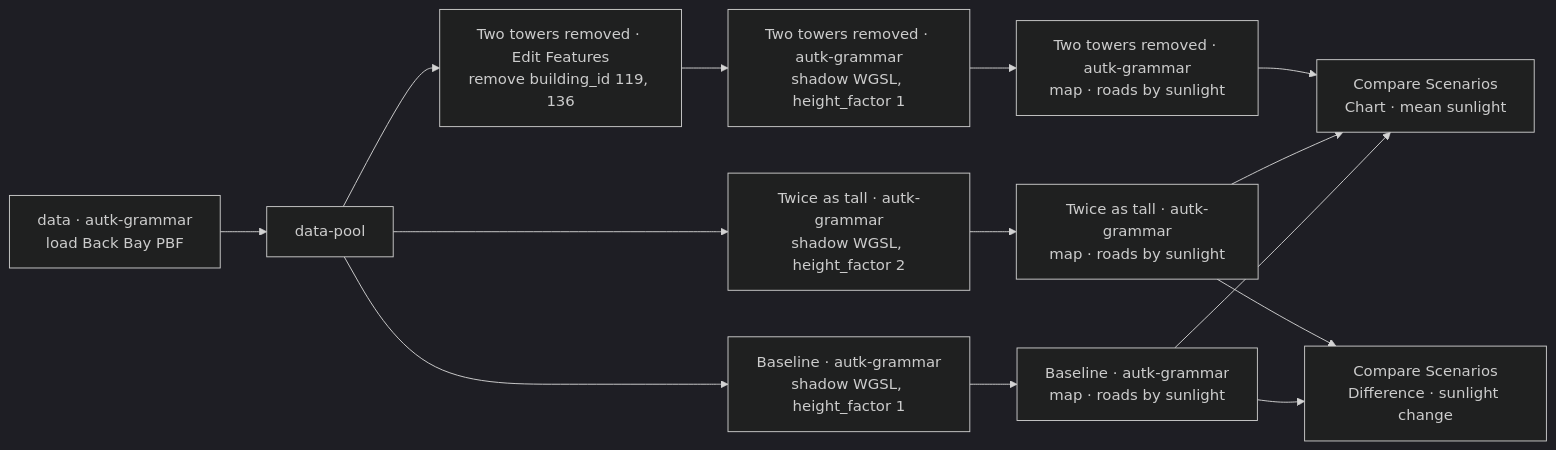
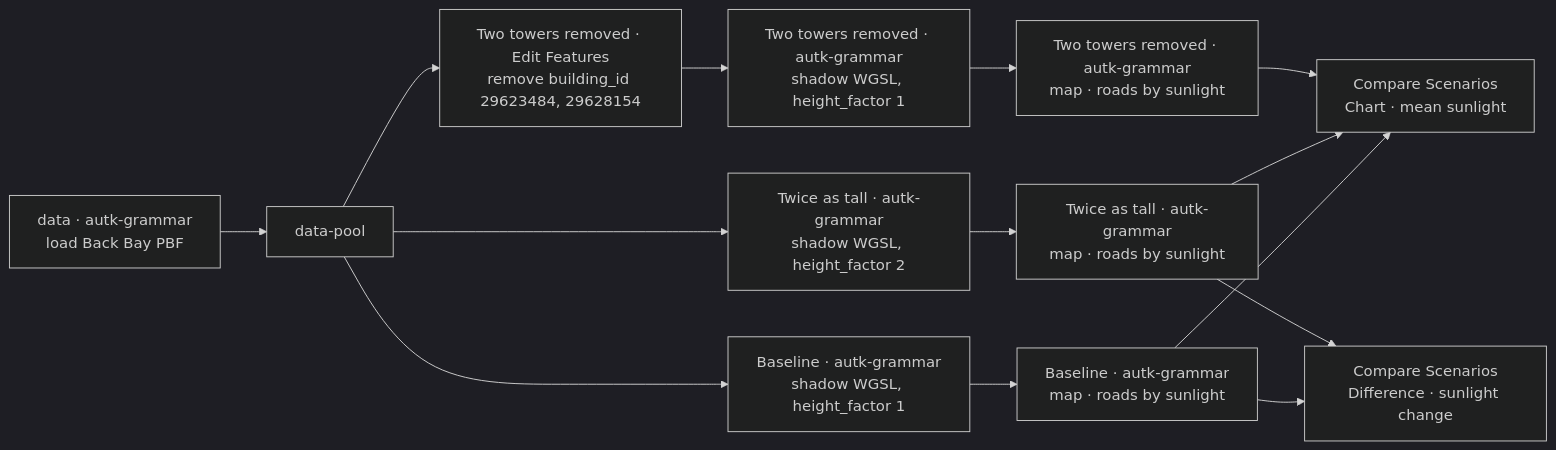
Before and after one commit to urban-toolkit/curio: the diagram in docs/examples/06-autark-what-if-shadow-study.md, drawn with Mermaid (dark theme). The commit also changed other lines of this file and 3 other files, not shown here.

Commit message:
Example 06 removes its two towers by their Autark 4 building ids

````diff
--- a/docs/examples/06-autark-what-if-shadow-study.md
+++ b/docs/examples/06-autark-what-if-shadow-study.md
@@ -18,23 +18,23 @@
 ```mermaid
 flowchart LR
   D["data · autk-grammar<br/>load Back Bay PBF"]
   P["data-pool"]
   BC["Baseline · autk-grammar<br/>shadow WGSL, height_factor 1"]
   BM["Baseline · autk-grammar<br/>map · roads by sunlight"]
   MC["Twice as tall · autk-grammar<br/>shadow WGSL, height_factor 2"]
   MM["Twice as tall · autk-grammar<br/>map · roads by sunlight"]
-  TE["Two towers removed · Edit Features<br/>remove building_id 119, 136"]
+  TE["Two towers removed · Edit Features<br/>remove building_id 29623484, 29628154"]
   TC["Two towers removed · autk-grammar<br/>shadow WGSL, height_factor 1"]
   TM["Two towers removed · autk-grammar<br/>map · roads by sunlight"]
   CC["Compare Scenarios<br/>Chart · mean sunlight"]
   CD["Compare Scenarios<br/>Difference · sunlight change"]
   D --> P
   P --> BC --> BM
   P --> MC --> MM
   P --> TE --> TC --> TM
   BM --> CC
   MM --> CC
   TM --> CC
   BM --> CD
   MM --> CD
 ```
````
